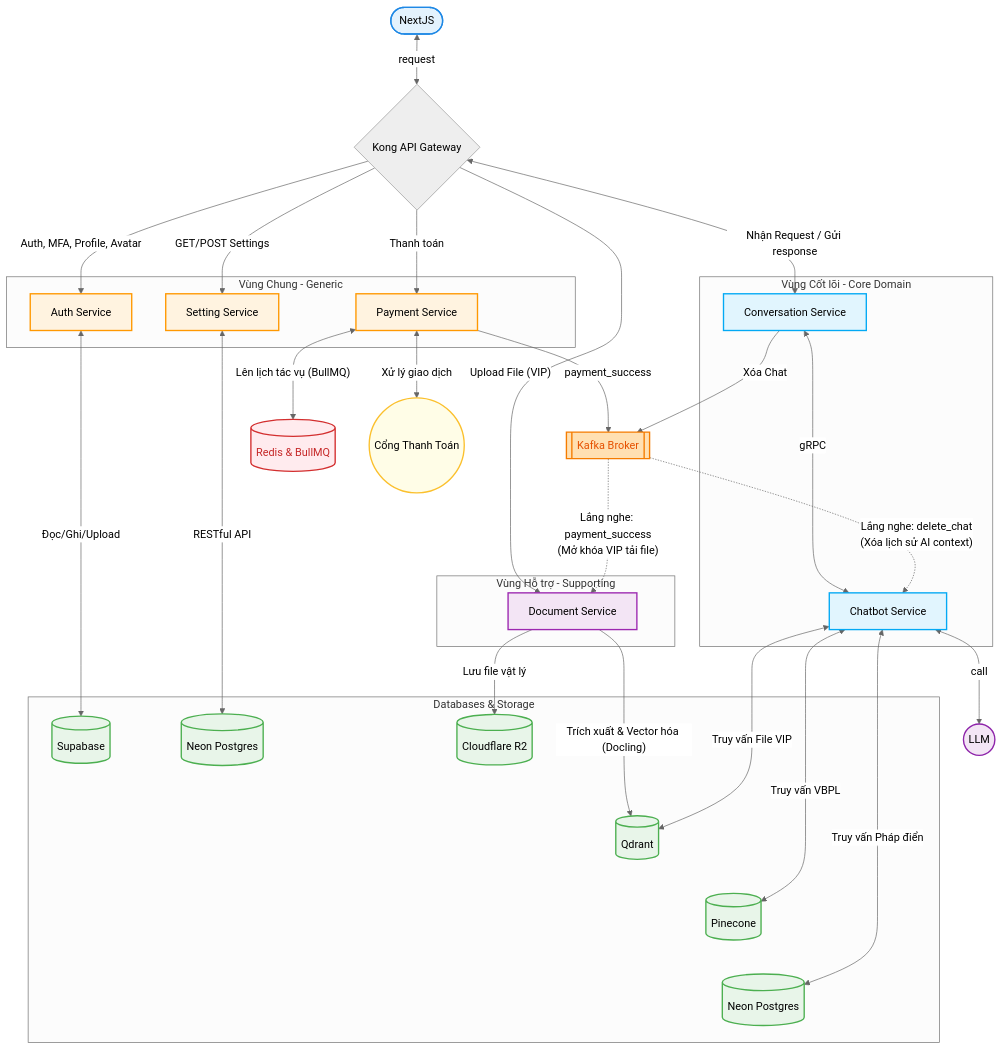
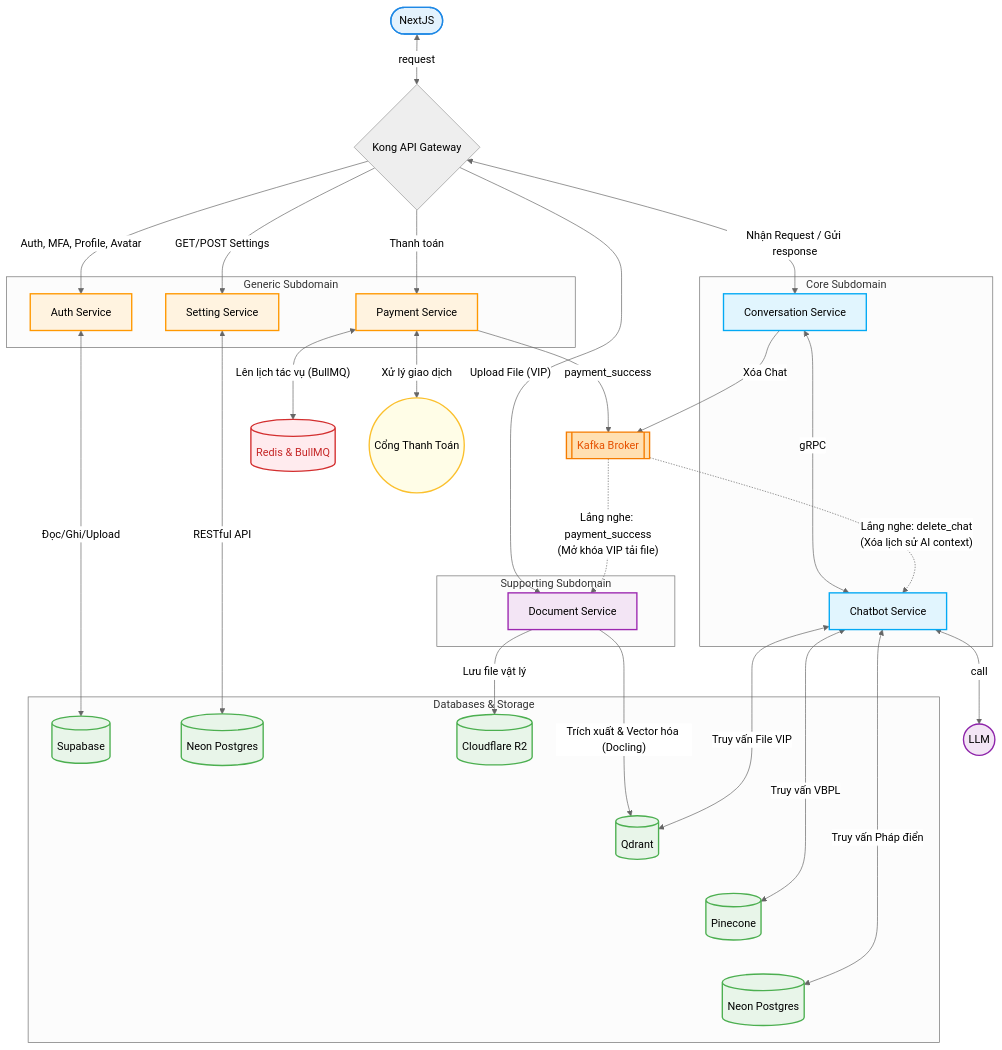
The diagram in docs/2. Công nghệ sử dụng/3.3. Chi tiết về các dịch vụ/0.mmd (20206205Tech/docs-markdown), drawn with Mermaid (neutral theme) before and after one commit. The commit also changed 1 other file, not shown here.

Commit message:
Generic Subdomain

```diff
--- a/docs/2. Công nghệ sử dụng/3.3. Chi tiết về các dịch vụ/0.mmd
+++ b/docs/2. Công nghệ sử dụng/3.3. Chi tiết về các dịch vụ/0.mmd
@@ -1,92 +1,90 @@
 flowchart TD
     Client(["NextJS"])
     Gateway{"Kong API Gateway"}
     Client <-->|"request"| Gateway
 
     %% Nhóm Database & Storage
     subgraph Databases [Databases & Storage]
         SupabaseDB[("Supabase")]
         NeonDB_Setting[("Neon Postgres")]
         Pinecone[("Pinecone")]
         Qdrant[("Qdrant")]
         NeonDB_Phapdien[("Neon Postgres")]
         R2[("Cloudflare R2")]
 
         %% Dùng liên kết vô hình để ép thứ tự từ trái sang phải
         R2 ~~~ Qdrant ~~~ Pinecone ~~~ NeonDB_Phapdien
     end
 
     %% Nhóm Message Broker & Cache
         Kafka[["Kafka Broker"]]
         Redis[("Redis & BullMQ")]
 
-    %% Nhóm Core Services (Vùng Cốt lõi)
-    subgraph CoreDomain [Vùng Cốt lõi - Core Domain]
+    subgraph CoreDomain [Core Subdomain]
         ConvService["Conversation Service"]
         ChatbotService["Chatbot Service"]
     end
 
-    subgraph SupportDomain [Vùng Hỗ trợ - Supporting]
+    subgraph SupportDomain [Supporting Subdomain]
         DocService["Document Service"]
     end
 
-    %% Nhóm Generic Services (Vùng Chung)
-    subgraph GenericDomain [Vùng Chung - Generic]
+    subgraph GenericDomain [Generic Subdomain]
         AuthService["Auth Service"]
         SettingService["Setting Service"]
         PaymentSvc["Payment Service"]
     end
 
     %% External Systems
     LLM(("LLM"))
     Payment(("Cổng Thanh Toán"))
 
     Gateway -->|"Auth, MFA, Profile, Avatar"| AuthService
     Gateway -->|"GET/POST Settings"| SettingService
     Gateway -->|"Thanh toán"| PaymentSvc
     Gateway -->|"Upload File (VIP)"| DocService
     Gateway <-->|"Nhận Request / Gửi response"| ConvService
 
     %% Service to Database/Storage
     AuthService <-->|"Đọc/Ghi/Upload"| SupabaseDB
     SettingService <-->|"RESTful API"| NeonDB_Setting
 
     %% Payment Luồng
     PaymentSvc <-->|"Xử lý giao dịch"| Payment
     PaymentSvc -->|"payment_success"| Kafka
     PaymentSvc <-->|"Lên lịch tác vụ (BullMQ)"| Redis
 
     %% Document Processing Luồng
     DocService -->|"Lưu file vật lý"| R2
     DocService -->|"Trích xuất & Vector hóa (Docling)"| Qdrant
 
     %% Conversation & Chatbot Luồng (Quan trọng)
     ConvService <-->|"gRPC"| ChatbotService
     ConvService -->|"Xóa Chat"| Kafka
 
     ChatbotService <-->|"Truy vấn VBPL"| Pinecone
     ChatbotService <-->|"Truy vấn Pháp điển"| NeonDB_Phapdien
     ChatbotService <-->|"Truy vấn File VIP"| Qdrant
     ChatbotService <-->|"call"| LLM
 
     %% --- LUỒNG CONSUMER NHẬN EVENT TỪ KAFKA ---
     Kafka -.->|"Lắng nghe: payment_success\n(Mở khóa VIP tải file)"| DocService
     Kafka -.->|"Lắng nghe: delete_chat\n(Xóa lịch sử AI context)"| ChatbotService
 
     %% Style Định dạng màu sắc chung
     classDef core fill:#e1f5fe,stroke:#03a9f4,stroke-width:2px,color:#000
     classDef support fill:#f3e5f5,stroke:#9c27b0,stroke-width:2px,color:#000
     classDef generic fill:#fff3e0,stroke:#ff9800,stroke-width:2px,color:#000
     classDef db fill:#e8f5e9,stroke:#4caf50,stroke-width:2px,color:#000
 
     class ConvService,ChatbotService core
     class DocService support
     class AuthService,SettingService,PaymentSvc generic
     class SupabaseDB,NeonDB_Setting,NeonDB_Phapdien,Pinecone,Qdrant,R2 db
 
     %% --- TÔ MÀU ĐỘC LẬP THEO YÊU CẦU ---
     style Redis fill:#ffebee,stroke:#d32f2f,stroke-width:2px,color:#c62828
     style Kafka fill:#ffe0b2,stroke:#f57c00,stroke-width:2px,color:#e65100
     style Payment fill:#fffde7,stroke:#fbc02d,stroke-width:2px,color:#000
     style Client fill:#e3f2fd,stroke:#1e88e5,stroke-width:2px,color:#000
     style LLM fill:#f3e5f5,stroke:#8e24aa,stroke-width:2px,color:#000
```
